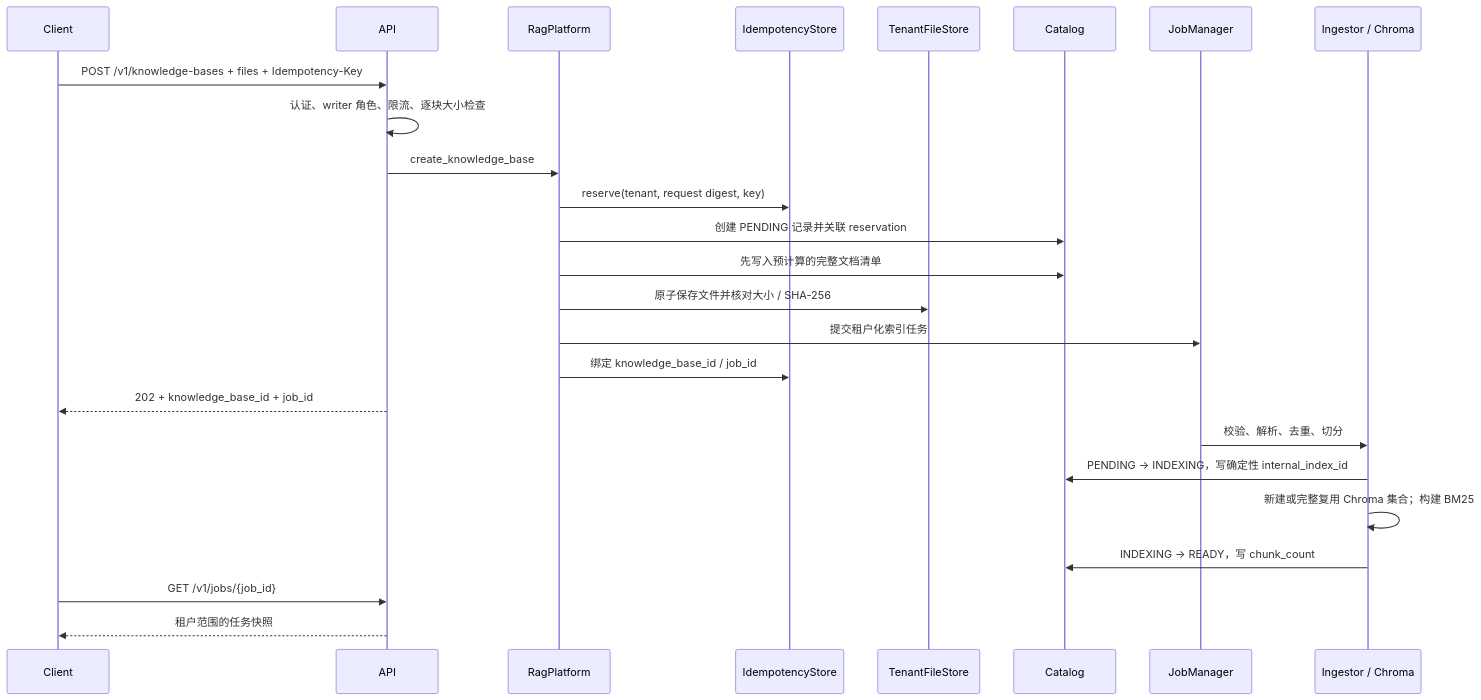
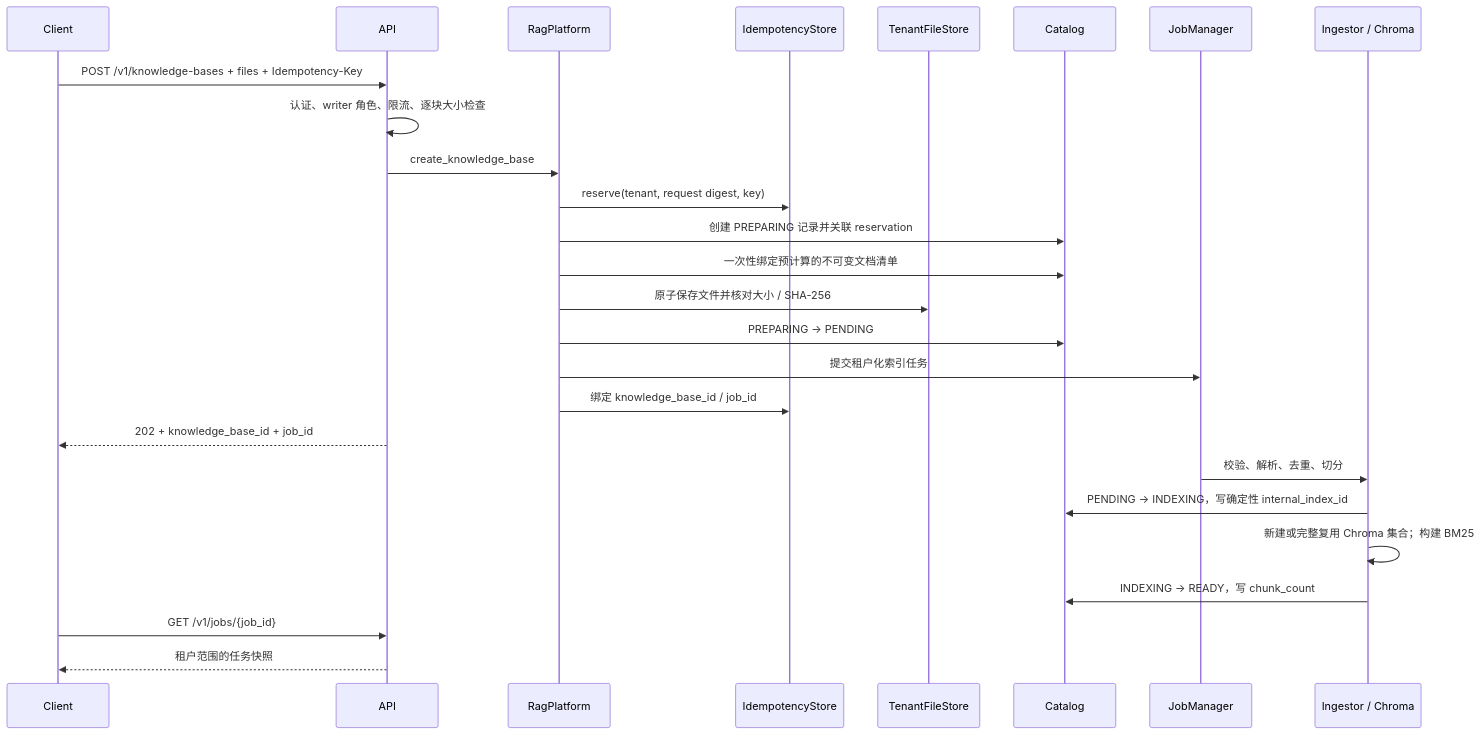
Before and after one commit to XWsight/RAG-Search-System: the second of 4 diagrams in docs/architecture.md, drawn with Mermaid. The commit also changed other lines of this file and 10 other files, not shown here.

````diff
--- a/docs/architecture.md
+++ b/docs/architecture.md
@@ -61,28 +61,29 @@
 ```mermaid
 sequenceDiagram
     participant C as Client
     participant A as API
     participant P as RagPlatform
     participant I as IdempotencyStore
     participant F as TenantFileStore
     participant K as Catalog
     participant J as JobManager
     participant X as Ingestor / Chroma
 
     C->>A: POST /v1/knowledge-bases + files + Idempotency-Key
     A->>A: 认证、writer 角色、限流、逐块大小检查
     A->>P: create_knowledge_base
     P->>I: reserve(tenant, request digest, key)
-    P->>K: 创建 PENDING 记录并关联 reservation
-    P->>K: 先写入预计算的完整文档清单
+    P->>K: 创建 PREPARING 记录并关联 reservation
+    P->>K: 一次性绑定预计算的不可变文档清单
     P->>F: 原子保存文件并核对大小 / SHA-256
+    P->>K: PREPARING -> PENDING
     P->>J: 提交租户化索引任务
     P->>I: 绑定 knowledge_base_id / job_id
     A-->>C: 202 + knowledge_base_id + job_id
     J->>X: 校验、解析、去重、切分
     X->>K: PENDING -> INDEXING，写确定性 internal_index_id
     X->>X: 新建或完整复用 Chroma 集合；构建 BM25
     X->>K: INDEXING -> READY，写 chunk_count
     C->>A: GET /v1/jobs/{job_id}
     A-->>C: 租户范围的任务快照
 ```
````
